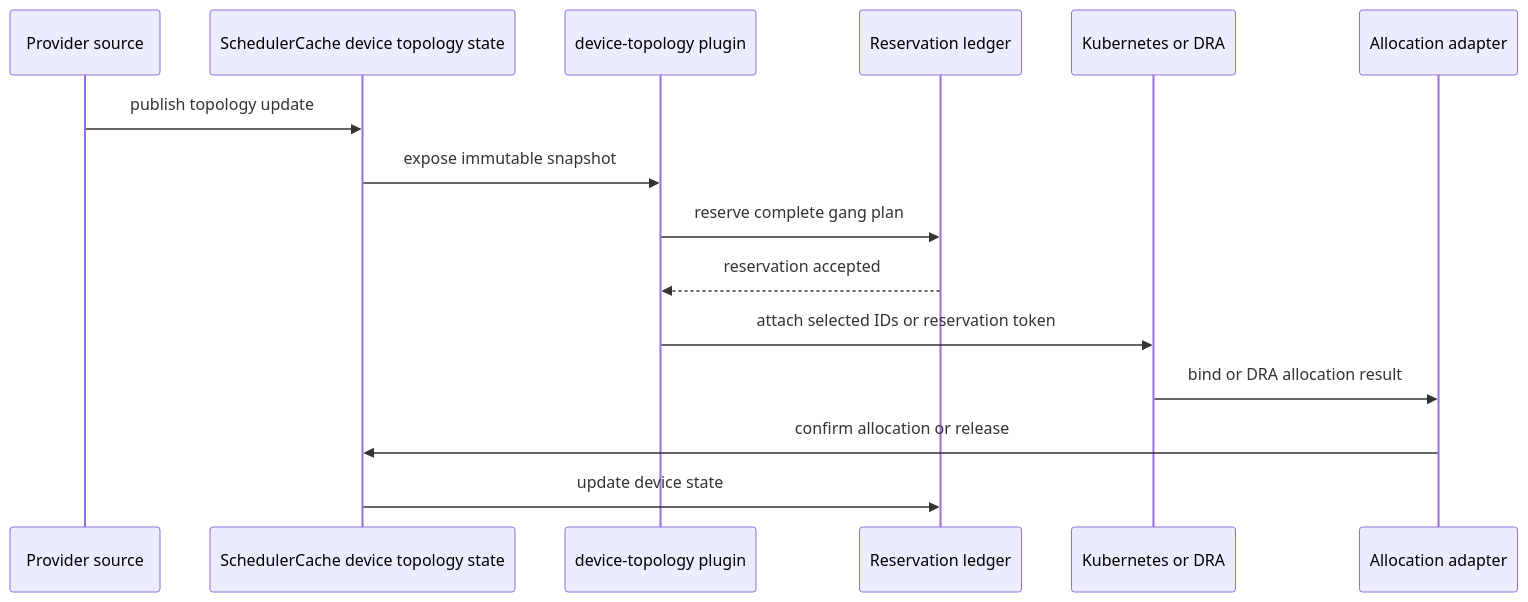
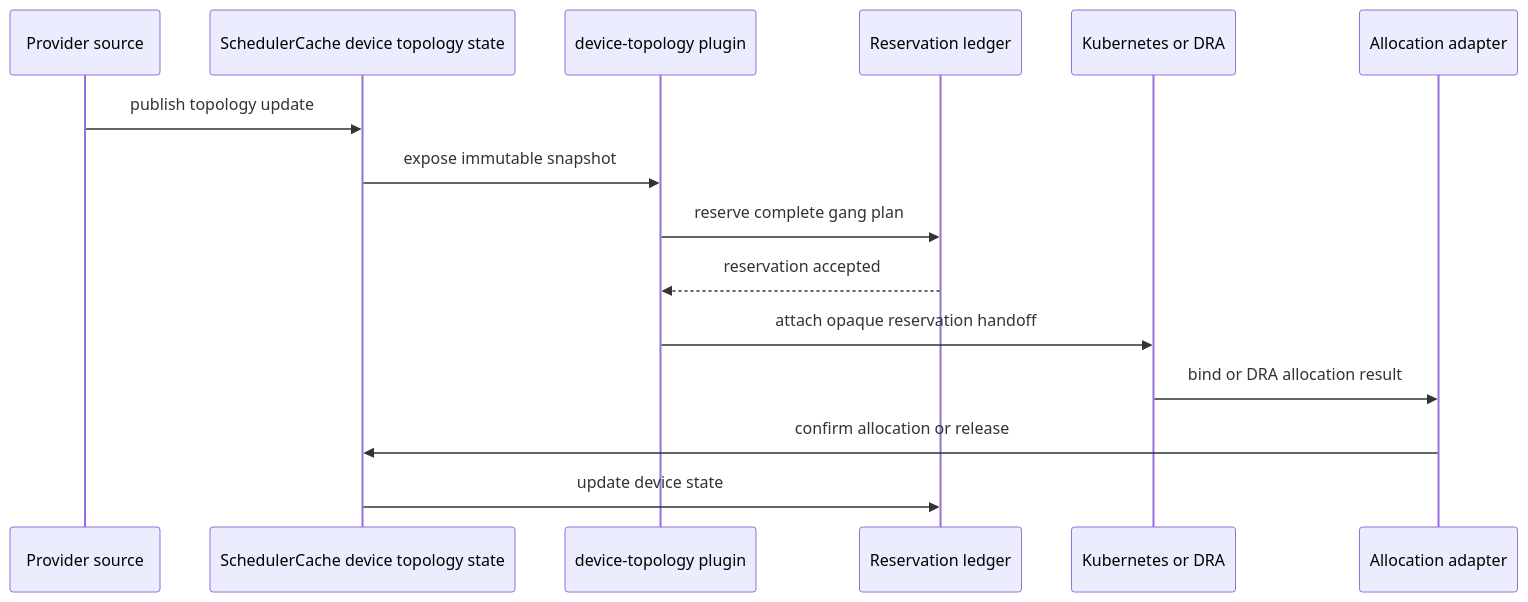
Before and after one commit to volcano-sh/volcano: the seventh of 7 diagrams in docs/design/generic-xpu-topology-aware-scheduling.md, drawn with Mermaid. The commit also changed other lines of this file, not shown here.

Commit message:
docs: refine device topology handoff and per-Pod release

````diff
--- a/docs/design/generic-xpu-topology-aware-scheduling.md
+++ b/docs/design/generic-xpu-topology-aware-scheduling.md
@@ -1387,18 +1391,18 @@
 ```mermaid
 sequenceDiagram
     participant Source as Provider source
     participant Cache as SchedulerCache device topology state
     participant Plugin as device-topology plugin
     participant Ledger as Reservation ledger
     participant Runtime as Kubernetes or DRA
     participant Adapter as Allocation adapter
 
     Source->>Cache: publish topology update
     Cache->>Plugin: expose immutable snapshot
     Plugin->>Ledger: reserve complete gang plan
     Ledger-->>Plugin: reservation accepted
-    Plugin->>Runtime: attach selected IDs or reservation token
+    Plugin->>Runtime: attach opaque reservation handoff
     Runtime->>Adapter: bind or DRA allocation result
     Adapter->>Cache: confirm allocation or release
     Cache->>Ledger: update device state
 ```
````
